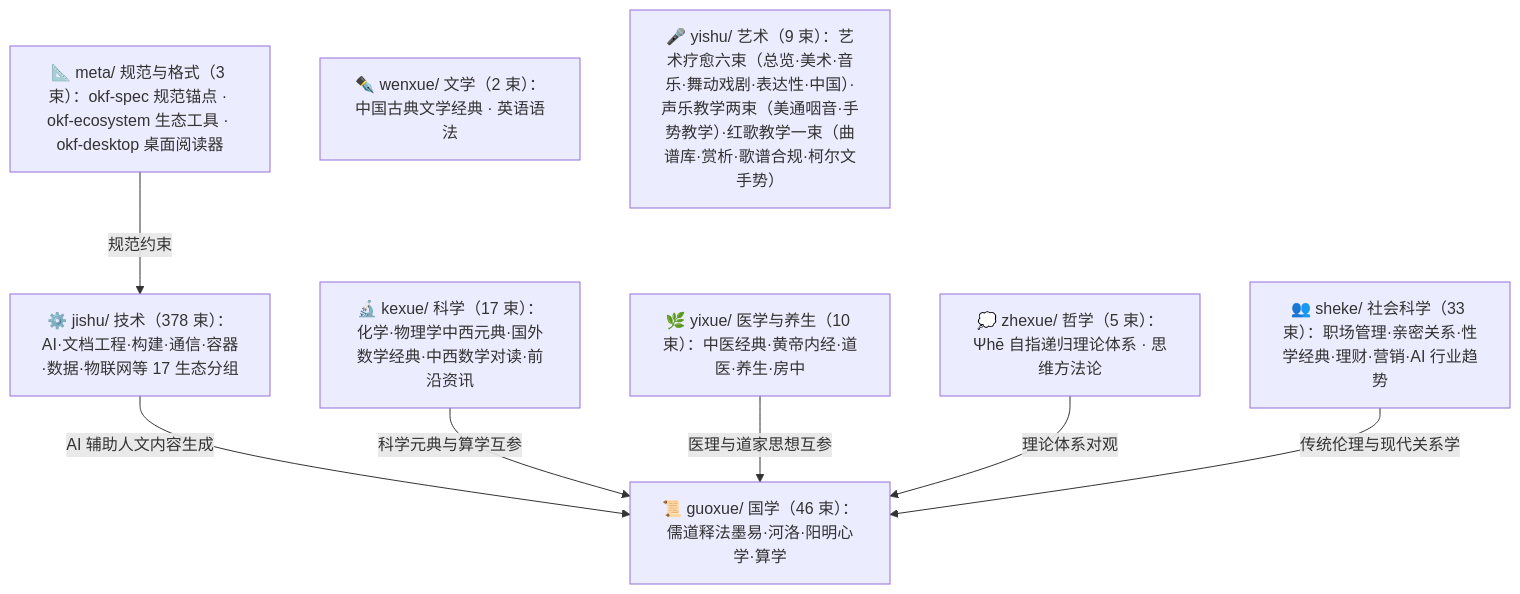
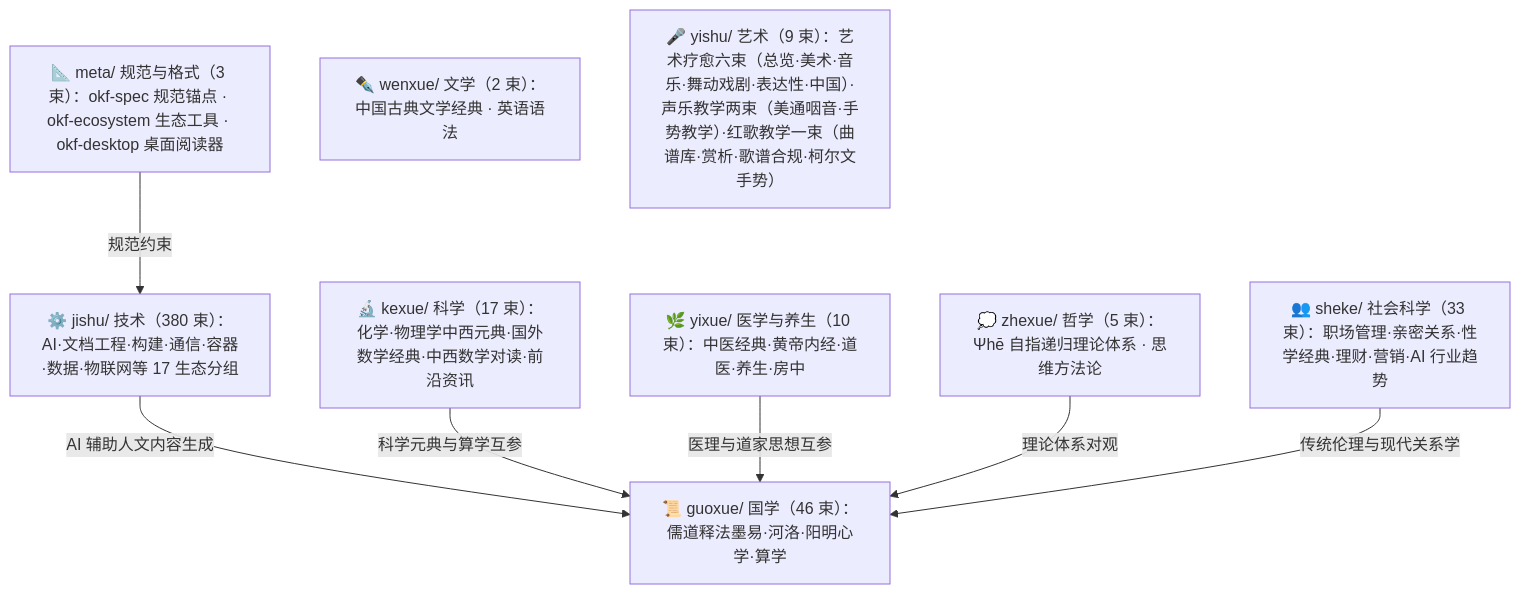
One commit to awesome-flexloop/awesome-okf changed the diagram in doc/bundles/index.md. Above: the diagram before and after it, drawn with Mermaid. The commit also changed other lines of this file and 20 other files, not shown here.

````diff
--- a/doc/bundles/index.md
+++ b/doc/bundles/index.md
@@ -21,18 +21,18 @@
 ```mermaid
 flowchart TD
     meta["📐 meta/ 规范与格式（3 束）：okf-spec 规范锚点 · okf-ecosystem 生态工具 · okf-desktop 桌面阅读器"]
     guoxue["📜 guoxue/ 国学（46 束）：儒道释法墨易·河洛·阳明心学·算学"]
     zhexue["💭 zhexue/ 哲学（5 束）：Ψhē 自指递归理论体系 · 思维方法论"]
     kexue["🔬 kexue/ 科学（17 束）：化学·物理学中西元典·国外数学经典·中西数学对读·前沿资讯"]
     wenxue["✒️ wenxue/ 文学（2 束）：中国古典文学经典 · 英语语法"]
     yixue["🌿 yixue/ 医学与养生（10 束）：中医经典·黄帝内经·道医·养生·房中"]
     sheke["👥 sheke/ 社会科学（33 束）：职场管理·亲密关系·性学经典·理财·营销·AI 行业趋势"]
     yishu["🎤 yishu/ 艺术（9 束）：艺术疗愈六束（总览·美术·音乐·舞动戏剧·表达性·中国）·声乐教学两束（美通咽音·手势教学）·红歌教学一束（曲谱库·赏析·歌谱合规·柯尔文手势）"]
-    jishu["⚙️ jishu/ 技术（378 束）：AI·文档工程·构建·通信·容器·数据·物联网等 17 生态分组"]
+    jishu["⚙️ jishu/ 技术（380 束）：AI·文档工程·构建·通信·容器·数据·物联网等 17 生态分组"]
     meta -->|"规范约束"| jishu
     jishu -->|"AI 辅助人文内容生成"| guoxue
     kexue -->|"科学元典与算学互参"| guoxue
     yixue -->|"医理与道家思想互参"| guoxue
     zhexue -->|"理论体系对观"| guoxue
     sheke -->|"传统伦理与现代关系学"| guoxue
 ```
````
